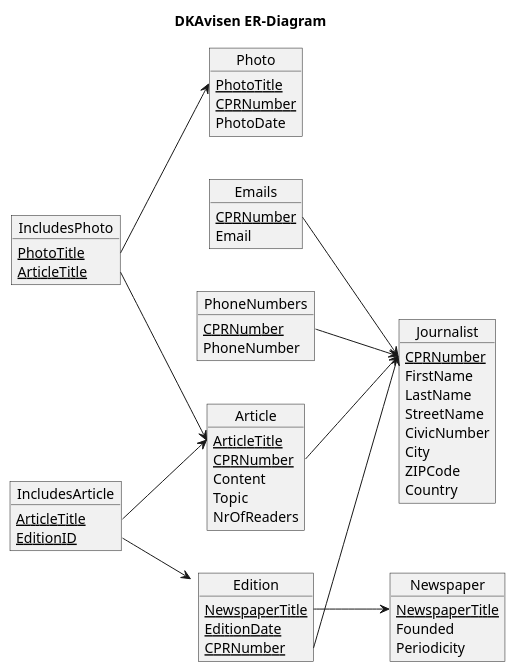
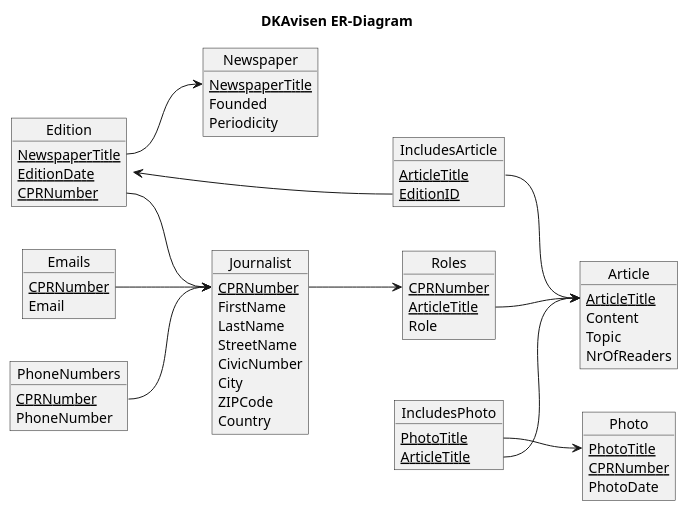
The diagram in Diagrams/ER-Diagram.pu (TobyNatooor/database_proj_group_1), drawn with PlantUML before and after one commit. The commit also changed 1 other file, not shown here.

```diff
--- a/Diagrams/ER-Diagram.pu
+++ b/Diagrams/ER-Diagram.pu
@@ -1,74 +1,80 @@
 @startuml logical_design_diagram
 title DKAvisen ER-Diagram
 left to right direction
-skinparam linetype polyline
+' skinparam linetype polyline
 ' skinparam linetype ortho
 
 Object Journalist {
     <u>CPRNumber
     FirstName
     LastName
     StreetName
     CivicNumber
     City
     ZIPCode
     Country
 }
 
 Object Emails {
     <u>CPRNumber
     Email
 }
 Emails::CPRNumber --> Journalist::CPRNumber
 
 Object PhoneNumbers {
     <u>CPRNumber
     PhoneNumber
 }
 PhoneNumbers::CPRNumber --> Journalist::CPRNumber
 
 Object Article {
     <u>ArticleTitle
-    <u>CPRNumber
     Content
     Topic
     NrOfReaders
 }
-Article::CPRNumber --> Journalist::CPRNumber
+
+Object Roles {
+    <u>CPRNumber
+    <u>ArticleTitle
+    Role
+}
+Roles::ArticleTitle --> Article::ArticleTitle
+Journalist::CPRNumber --> Roles::CPRNumber
 
 Object Photo {
     <u>PhotoTitle
     <u>CPRNumber
     PhotoDate
 }
 
 Object IncludesPhoto {
     <u>PhotoTitle
     <u>ArticleTitle
 }
 IncludesPhoto::PhotoTitle --> Photo::PhotoTitle
 IncludesPhoto::ArticleTitle --> Article::ArticleTitle
 
 Object Newspaper {
     <u>NewspaperTitle
     Founded
     Periodicity
 }
 
 Object Edition {
     <u>NewspaperTitle
     <u>EditionDate
     <u>CPRNumber
 }
 Edition::NewspaperTitle --> Newspaper::NewspaperTitle
 Edition::CPRNumber --> Journalist::CPRNumber
 
 Object IncludesArticle {
     <u>ArticleTitle
     <u>EditionID
 }
 IncludesArticle::ArticleTitle --> Article::ArticleTitle
-IncludesArticle::EditionID --> Edition::EditionID
+IncludesArticle::EditionID -u-> Edition::EditionID
 
 
 @enduml
```
